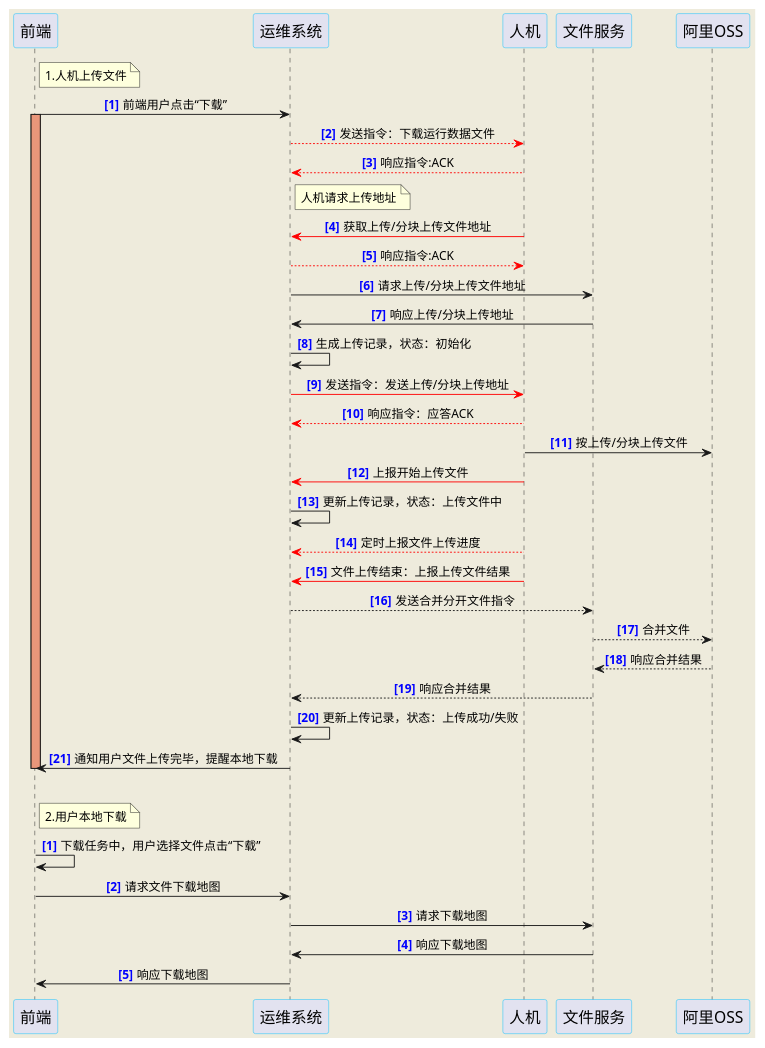
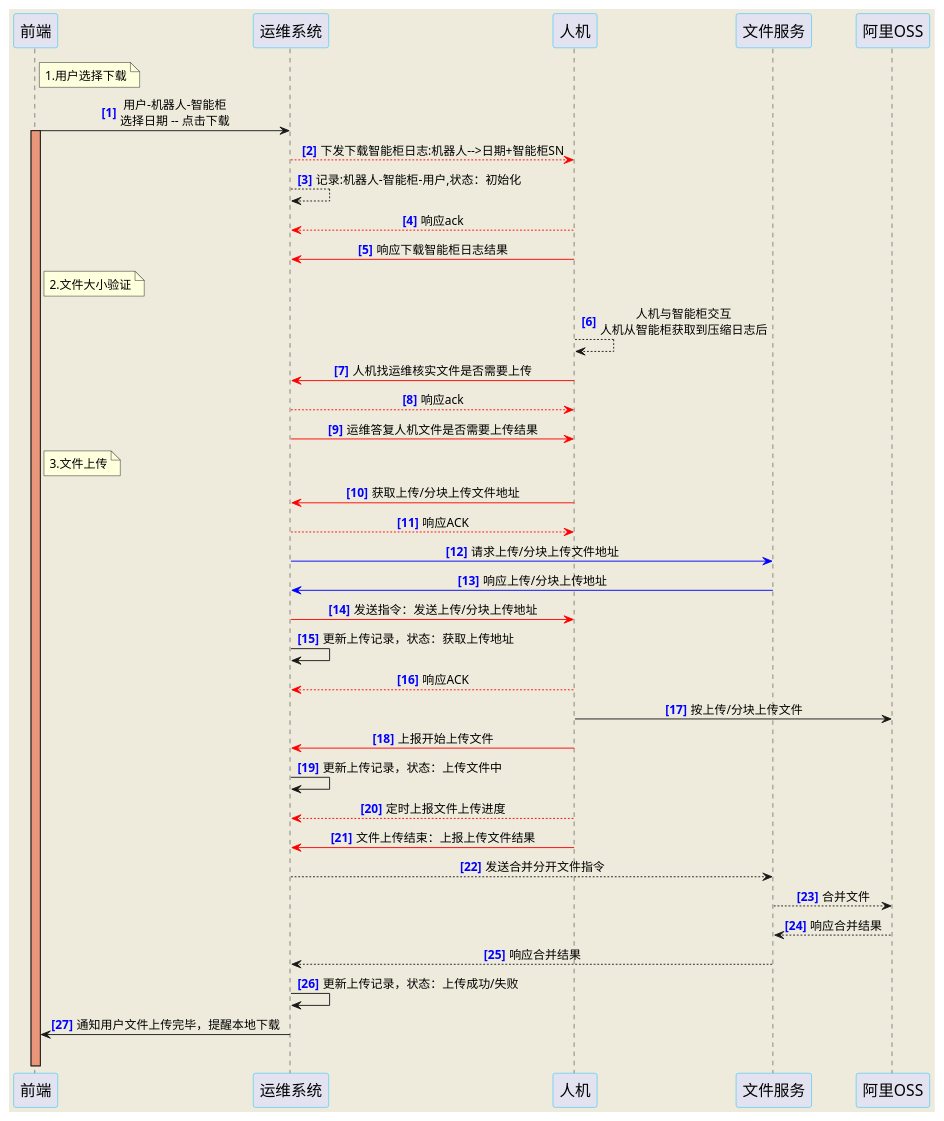
One commit to China-Liyq/saite changed the diagram in flowchart/download/智能柜日志下载.puml. Above: the diagram before and after it, drawn with PlantUML. The commit also changed 5 other files, not shown here.

```diff
--- a/flowchart/download/智能柜日志下载.puml
+++ b/flowchart/download/智能柜日志下载.puml
@@ -1,92 +1,87 @@
 @startuml
 skinparam backgroundColor #EEEBDC
 
 skinparam sequenceMessageAlign center
 'skinparam monochrome reverse
 
 skinparam sequence {
 ParticipantBorderColor DeepSkyBlue
 'ParticipantBackgroundColor DodgerBlue
 ParticipantFontSize 17
 'ParticipantFontColor #A9DCDF
 
 }
 
 
 participant "前端" as front
 participant "运维系统" as omsys
 participant "人机" as robot
 participant "文件服务" as filesys
 participant "阿里OSS" as oss
 
-'autonumber "<font color=blue><b>[##]"
-'note right front : 1.选择智能柜+日期
-'front -> omsys: 选择智能柜+日期+点击"下载"按钮
-'
-'omsys -[#red]> robot: 发送指令：获取类型+时间段内运行文件信息
-'
-'robot --[#red]> omsys: ACK
-'
-'omsys -> front: 提醒指令下发成功
-'autonumber stop
-
 autonumber "<font color=blue><b>[##]"
 
-note right front : 1.人机上传文件
-front -> omsys: 前端用户点击“下载”
+note right front : 1.用户选择下载
+front -> omsys: 用户-机器人-智能柜\n选择日期 -- 点击下载
 activate front #DarkSalmon
 
-omsys --[#red]> robot: 发送指令：下载运行数据文件
+omsys --[#red]> robot: 下发下载智能柜日志:机器人-->日期+智能柜SN
 
-robot ---[#red]> omsys: 响应指令:ACK
-note right omsys : 人机请求上传地址
+omsys --> omsys: 记录:机器人-智能柜-用户,状态：初始化
+
+robot ---[#red]> omsys: 响应ack
+
+robot -[#red]> omsys: 响应下载智能柜日志结果
+
+note right front : 2.文件大小验证
+
+robot --> robot: 人机与智能柜交互\n人机从智能柜获取到压缩日志后
+
+robot -[#red]> omsys: 人机找运维核实文件是否需要上传
+
+omsys --[#red]> robot: 响应ack
+
+omsys -[#red]> robot: 运维答复人机文件是否需要上传结果
+
+note right front : 3.文件上传
+
 robot -[#red]> omsys: 获取上传/分块上传文件地址
-omsys --[#red]> robot: 响应指令:ACK
 
-omsys -> filesys: 请求上传/分块上传文件地址
+omsys --[#red]> robot: 响应ACK
 
-filesys -> omsys: 响应上传/分块上传地址
+omsys -[#blue]> filesys: 请求上传/分块上传文件地址
 
-omsys -> omsys: 生成上传记录，状态：初始化
+filesys -[#blue]> omsys: 响应上传/分块上传地址
 
 omsys -[#red]> robot: 发送指令：发送上传/分块上传地址
 
-robot --[#red]> omsys: 响应指令：应答ACK
+omsys -> omsys: 更新上传记录，状态：获取上传地址
+
+robot --[#red]> omsys: 响应ACK
 
 robot -> oss: 按上传/分块上传文件
 
 robot -[#red]> omsys: 上报开始上传文件
 
 omsys -> omsys: 更新上传记录，状态：上传文件中
 
 robot --[#red]> omsys: 定时上报文件上传进度
 
 robot -[#red]> omsys: 文件上传结束：上报上传文件结果
-
 
 omsys --> filesys: 发送合并分开文件指令
 
 filesys --> oss: 合并文件
 
 oss --> filesys: 响应合并结果
 
 filesys --> omsys: 响应合并结果
 
 omsys -> omsys: 更新上传记录，状态：上传成功/失败
 
 omsys -> front: 通知用户文件上传完毕，提醒本地下载
 autonumber stop
 |||
 autonumber "<font color=blue><b>[##]"
-note right front : 2.用户本地下载
-
-deactivate front
-front -> front: 下载任务中，用户选择文件点击“下载”
-front -> omsys: 请求文件下载地图
-omsys -> filesys: 请求下载地图
-
-filesys -> omsys: 响应下载地图
-
-omsys -> front: 响应下载地图
 
 @enduml
```
